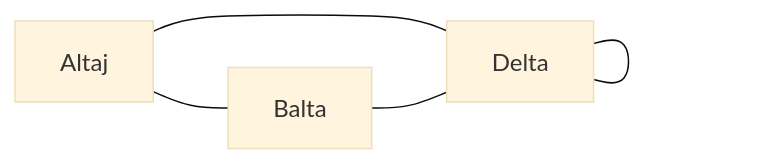
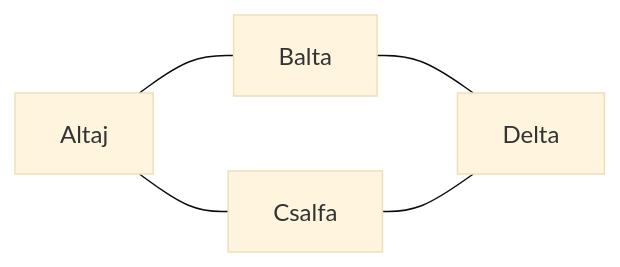
One commit to zoltndor/tudas-tar changed the second of 5 diagrams in src/site/notes/B/Balk.md. Above: the diagram before and after it, drawn with Mermaid (base theme). The commit also changed other lines of this file, not shown here.

````diff
--- a/src/site/notes/B/Balk.md
+++ b/src/site/notes/B/Balk.md
@@ -33,4 +35,4 @@
 ```mermaid
 flowchart LR
-A["Altaj"] --- B["Balta"] & D["Csalfa"] --- D["Delta"]
+A["Altaj"] --- B["Balta"] & C["Csalfa"] --- D["Delta"]
 ```
````
